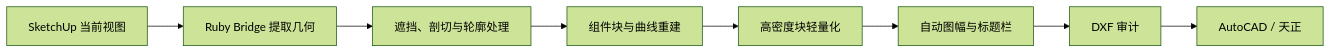
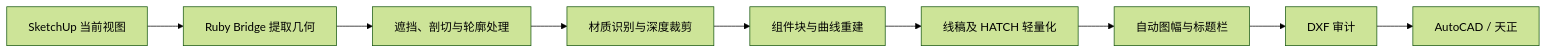
Before and after one commit to orangewoker/su2cad: the diagram in README.md, drawn with Mermaid (forest theme). The commit also changed other lines of this file and 13 other files, not shown here.

````diff
--- a/README.md
+++ b/README.md
@@ -25,10 +29,11 @@
 ```mermaid
 flowchart LR
     A["SketchUp 当前视图"] --> B["Ruby Bridge 提取几何"]
     B --> C["遮挡、剖切与轮廓处理"]
-    C --> D["组件块与曲线重建"]
-    D --> E["高密度块轻量化"]
-    E --> F["自动图幅与标题栏"]
-    F --> G["DXF 审计"]
-    G --> H["AutoCAD / 天正"]
+    C --> D["材质识别与深度裁剪"]
+    D --> E["组件块与曲线重建"]
+    E --> F["线稿及 HATCH 轻量化"]
+    F --> G["自动图幅与标题栏"]
+    G --> H["DXF 审计"]
+    H --> I["AutoCAD / 天正"]
 ```
````
